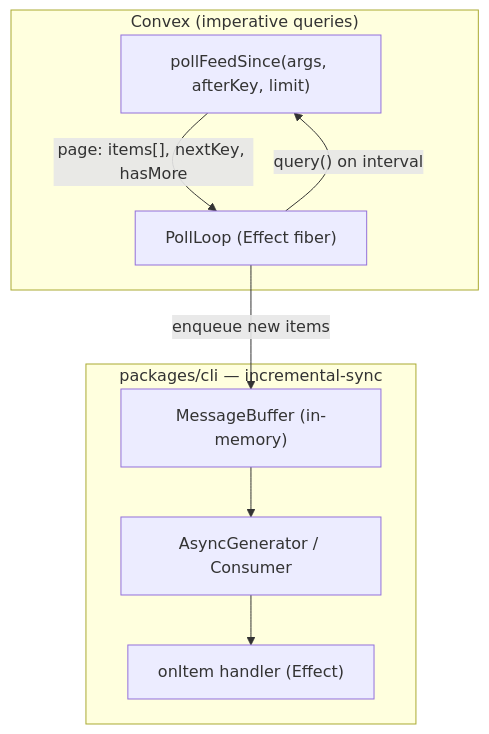
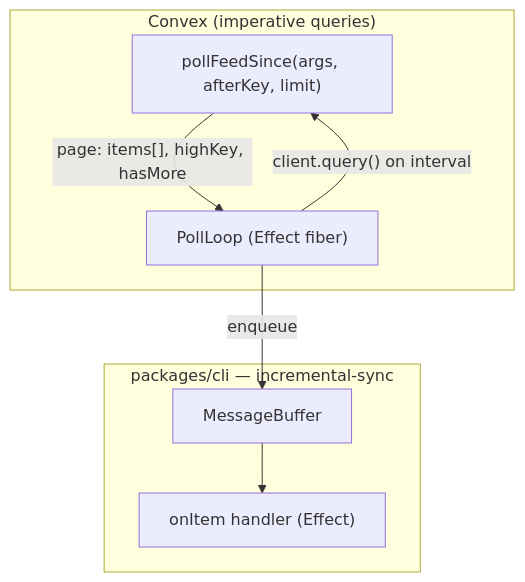
The diagram in docs/design/incremental-sync-feed.md (conradkoh/chatroom), drawn with Mermaid before and after one commit. The commit also changed other lines of this file and 15 other files, not shown here.

````diff
--- a/docs/design/incremental-sync-feed.md
+++ b/docs/design/incremental-sync-feed.md
@@ -52,20 +41,17 @@
 ```mermaid
 flowchart TD
     subgraph backend ["Convex (imperative queries)"]
         Q["pollFeedSince(args, afterKey, limit)"]
-        Q -->|"page: items[], nextKey, hasMore"| POLL
+        Q -->|"page: items[], highKey, hasMore"| POLL
     end
 
     subgraph cli ["packages/cli — incremental-sync"]
         POLL["PollLoop (Effect fiber)"]
-        BUF["MessageBuffer (in-memory)"]
-        GEN["AsyncGenerator / Consumer"]
+        BUF["MessageBuffer"]
         H["onItem handler (Effect)"]
-
-        POLL -->|"enqueue new items"| BUF
-        BUF --> GEN
-        GEN --> H
+        POLL -->|"enqueue"| BUF
+        BUF --> H
     end
 
-    POLL -->|"query() on interval"| Q
+    POLL -->|"client.query() on interval"| Q
 ```
````
